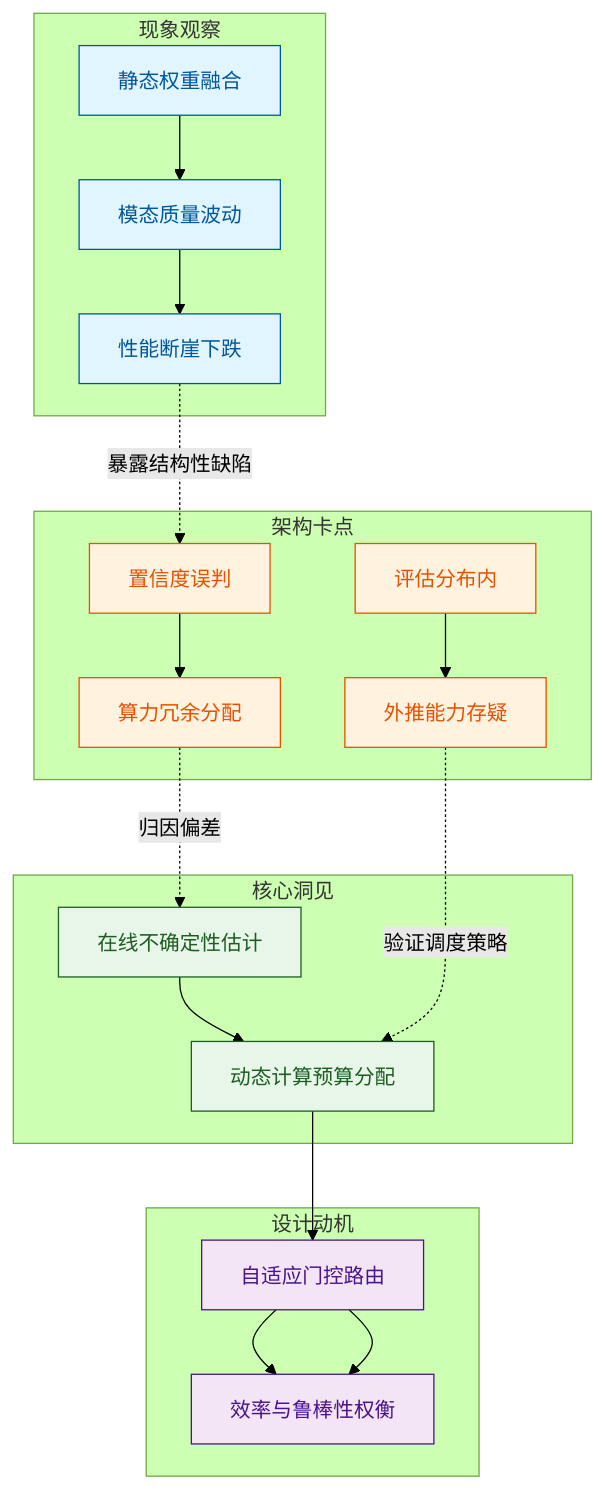
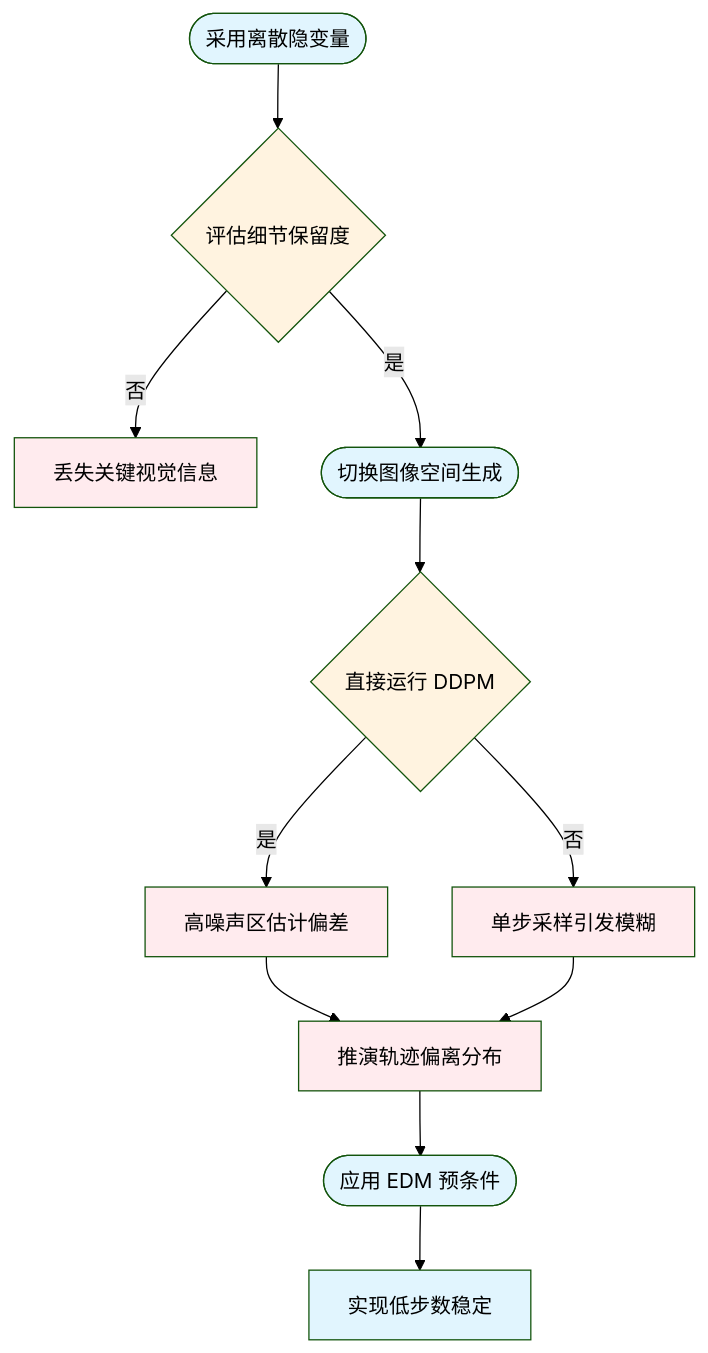
Before and after one commit to ShinewineW/paper-rolling: the first of 10 diagrams in person_vault/2026-06-12_DiffusionForWorldModelingVisualDetailsMa_2405.12399/report.md, drawn with Mermaid (forest theme). The commit also changed other lines of this file and 51 other files, not shown here.

````diff
--- a/person_vault/2026-06-12_DiffusionForWorldModelingVisualDetailsMa_2405.12399/report.md
+++ b/person_vault/2026-06-12_DiffusionForWorldModelingVisualDetailsMa_2405.12399/report.md
@@ -41,33 +46,20 @@
 ```mermaid
-flowchart TB
-    classDef obs fill:#e1f5fe,stroke:#01579b,color:#01579b;
-    classDef gap fill:#fff3e0,stroke:#e65100,color:#e65100;
-    classDef insight fill:#e8f5e9,stroke:#1b5e20,color:#1b5e20;
-    classDef design fill:#f3e5f5,stroke:#4a148c,color:#4a148c;
-
-    subgraph 现象观察
-        A["静态权重融合"] --> B["模态质量波动"]
-        B --> C["性能断崖下跌"]
-    end
-    subgraph 架构卡点
-        D["置信度误判"] --> E["算力冗余分配"]
-        F["评估分布内"] --> G["外推能力存疑"]
-    end
-    subgraph 核心洞见
-        H["在线不确定性估计"] --> I["动态计算预算分配"]
-    end
-    subgraph 设计动机
-        J["自适应门控路由"] --> K["效率与鲁棒性权衡"]
-    end
-
-    C -.暴露结构性缺陷.-> D
-    E -.归因偏差.-> H
-    G -.验证调度策略.-> I
-    I --> J
-    J --> K
-
-    class A,B,C obs;
-    class D,E,F,G gap;
-    class H,I insight;
-    class J,K design;
+flowchart TD
+    A(["采用离散隐变量"]) --> B{评估细节保留度}
+    B -- 否 --> C["丢失关键视觉信息"]
+    B -- 是 --> D(["切换图像空间生成"])
+    D --> E{直接运行 DDPM}
+    E -- 是 --> F["高噪声区估计偏差"]
+    E -- 否 --> G["单步采样引发模糊"]
+    F --> H["推演轨迹偏离分布"]
+    G --> H
+    H --> I(["应用 EDM 预条件"])
+    I --> J["实现低步数稳定"]
+    classDef start fill:#e1f5fe,color:#000;
+    classDef decision fill:#fff3e0,color:#000;
+    classDef fail fill:#ffebee,color:#000;
+    classDef success fill:#e8f5e9,color:#000;
+    class A,D,I,J start;
+    class B,E decision;
+    class C,F,G,H fail;
 ```
````
